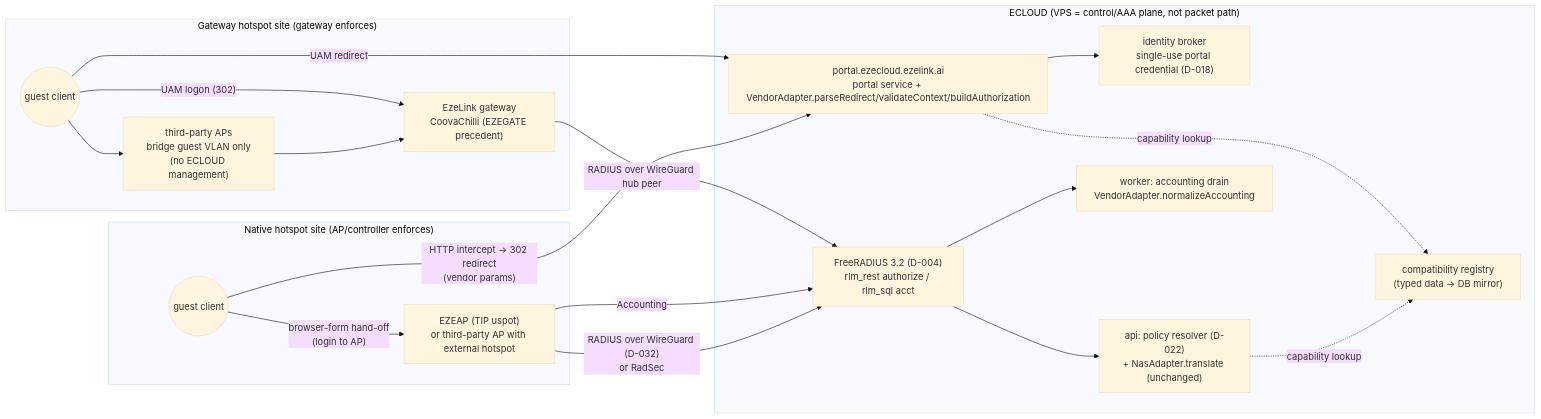
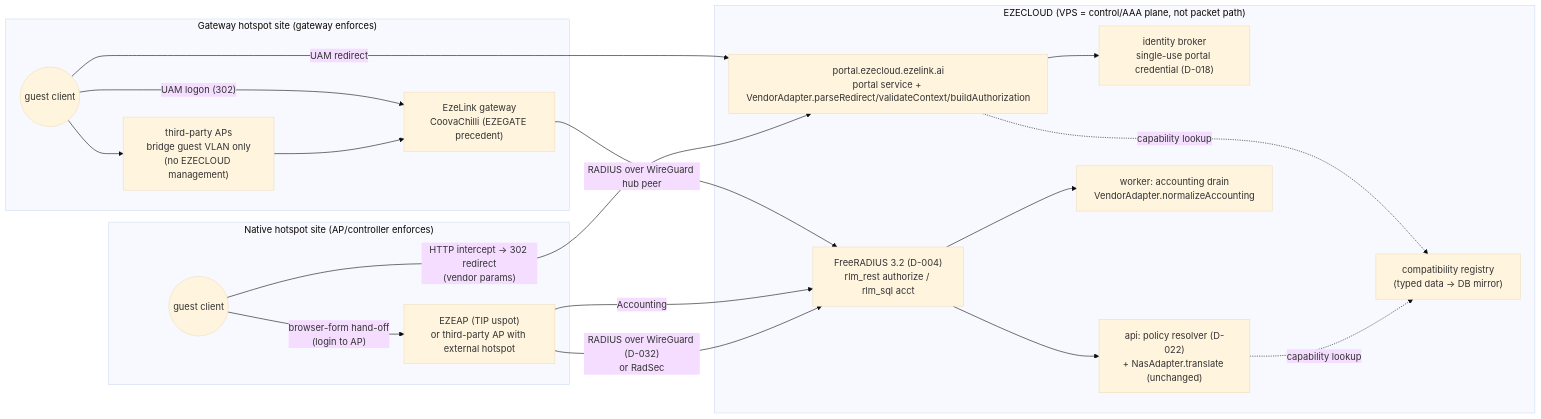
One commit to dannymagat/ecloud changed the first of 2 diagrams in MULTI_VENDOR_INTEGRATION_PLAN.md. Above: the diagram before and after it, drawn with Mermaid (base theme). The commit also changed other lines of this file and 211 other files, not shown here.

First line of the commit message:
Rename product name ECLOUD to EZECLOUD in text, UI and docs

````diff
--- a/MULTI_VENDOR_INTEGRATION_PLAN.md
+++ b/MULTI_VENDOR_INTEGRATION_PLAN.md
@@ -189,32 +189,32 @@
 ```mermaid
 flowchart LR
-  subgraph Cloud["ECLOUD (VPS = control/AAA plane, not packet path)"]
+  subgraph Cloud["EZECLOUD (VPS = control/AAA plane, not packet path)"]
     PORTAL["portal.ezecloud.ezelink.ai\nportal service + VendorAdapter.parseRedirect/validateContext/buildAuthorization"]
     BROKER["identity broker\nsingle-use portal credential (D-018)"]
     API["api: policy resolver (D-022)\n+ NasAdapter.translate (unchanged)"]
     FR["FreeRADIUS 3.2 (D-004)\nrlm_rest authorize / rlm_sql acct"]
     WRK["worker: accounting drain\nVendorAdapter.normalizeAccounting"]
     REG["compatibility registry\n(typed data → DB mirror)"]
   end
   subgraph Native["Native hotspot site (AP/controller enforces)"]
     AP1["EZEAP (TIP uspot)\nor third-party AP with external hotspot"]
     C1(("guest client"))
   end
   subgraph Gateway["Gateway hotspot site (gateway enforces)"]
-    TAP["third-party APs\nbridge guest VLAN only\n(no ECLOUD management)"]
+    TAP["third-party APs\nbridge guest VLAN only\n(no EZECLOUD management)"]
     GW["EzeLink gateway\nCoovaChilli (EZEGATE precedent)"]
     C2(("guest client"))
   end
   C1 -- "HTTP intercept → 302 redirect\n(vendor params)" --> PORTAL
   PORTAL --> BROKER
   C1 -- "browser-form hand-off\n(login to AP)" --> AP1
   AP1 -- "RADIUS over WireGuard (D-032)\nor RadSec" --> FR
   FR --> API
   AP1 -- "Accounting" --> FR --> WRK
   C2 --> TAP --> GW
   C2 -- "UAM redirect" --> PORTAL
   C2 -- "UAM logon (302)" --> GW
   GW -- "RADIUS over WireGuard hub peer" --> FR
   API -. capability lookup .-> REG
   PORTAL -. capability lookup .-> REG
 ```
````
